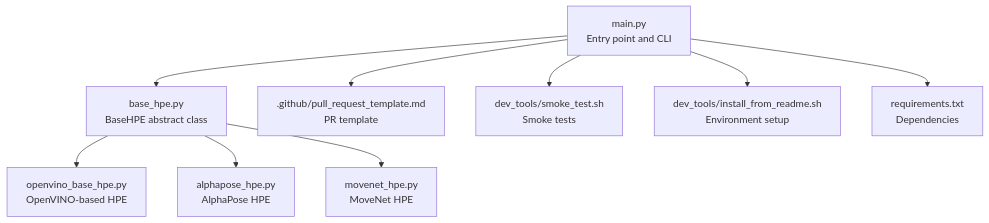
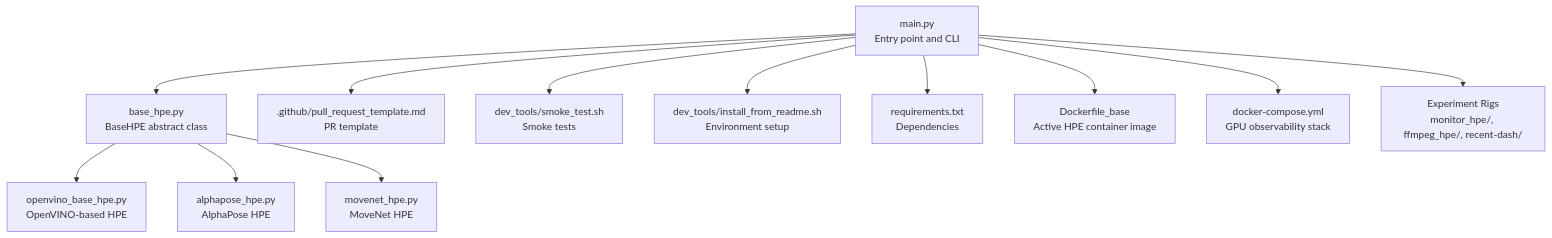
One commit to Fogus-Gr/MeasurementsDTs changed the first of 4 diagrams in .qoder/repowiki/en/content/Contributing Guidelines.md. Above: the diagram before and after it, drawn with Mermaid. The commit also changed other lines of this file and 8 other files, not shown here.

````diff
--- a/.qoder/repowiki/en/content/Contributing Guidelines.md
+++ b/.qoder/repowiki/en/content/Contributing Guidelines.md
@@ -43,11 +67,14 @@
 ```mermaid
 graph TB
 A["main.py<br/>Entry point and CLI"] --> B["base_hpe.py<br/>BaseHPE abstract class"]
 B --> C["openvino_base_hpe.py<br/>OpenVINO-based HPE"]
 B --> D["alphapose_hpe.py<br/>AlphaPose HPE"]
 B --> E["movenet_hpe.py<br/>MoveNet HPE"]
 A --> F[".github/pull_request_template.md<br/>PR template"]
 A --> G["dev_tools/smoke_test.sh<br/>Smoke tests"]
 A --> H["dev_tools/install_from_readme.sh<br/>Environment setup"]
 A --> I["requirements.txt<br/>Dependencies"]
+A --> J["Dockerfile_base<br/>Active HPE container image"]
+A --> K["docker-compose.yml<br/>GPU observability stack"]
+A --> L["Experiment Rigs<br/>monitor_hpe/, ffmpeg_hpe/, recent-dash/"]
 ```
````
